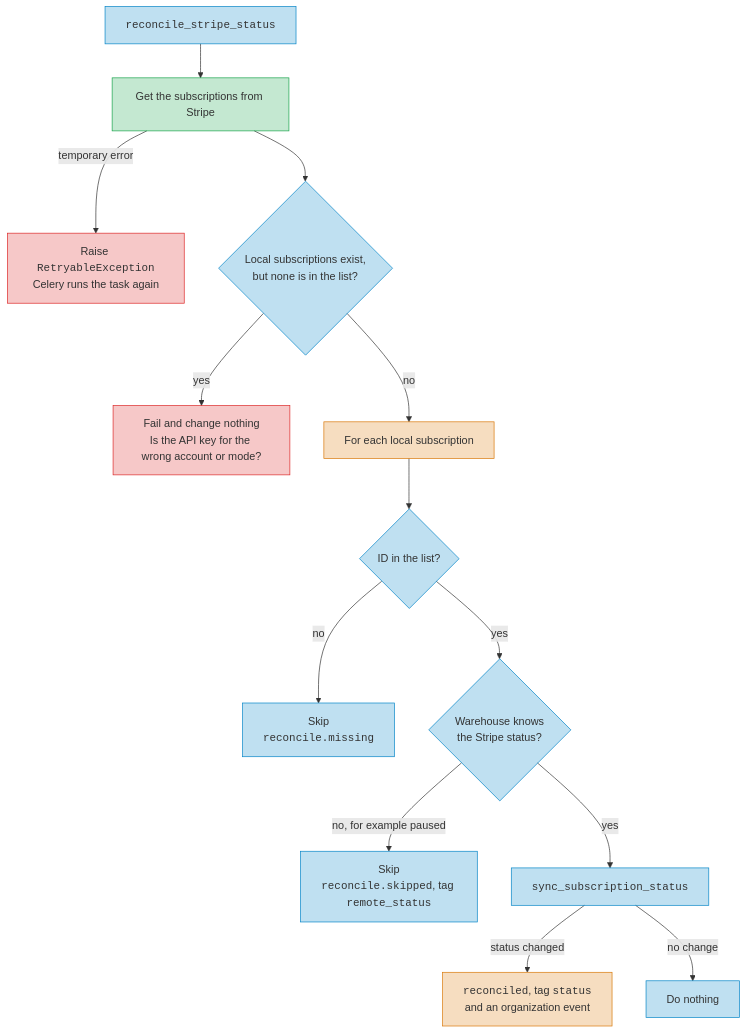
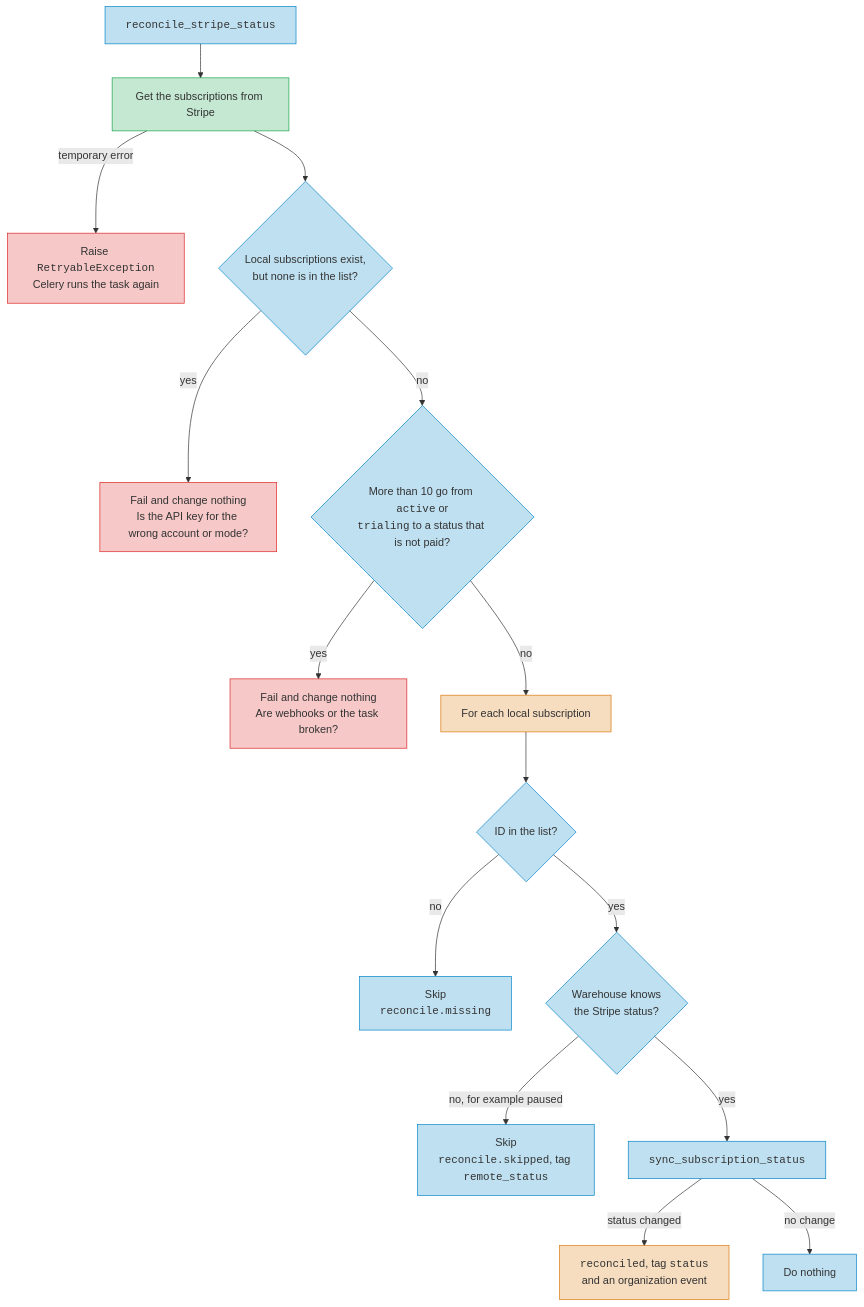
One commit to pypi/warehouse changed the second of 3 diagrams in docs/dev/development/billing.md. Above: the diagram before and after it, drawn with Mermaid. The commit also changed other lines of this file, not shown here.

````diff
--- a/docs/dev/development/billing.md
+++ b/docs/dev/development/billing.md
@@ -48,19 +72,21 @@
 ```mermaid
 flowchart TD
     START[<code>reconcile_stripe_status</code>]:::warehouse --> LIST[Get the subscriptions from Stripe]:::stripe
     LIST -->|temporary error| RETRY[Raise <code>RetryableException</code><br/>Celery runs the task again]:::fail
     LIST --> NONE{Local subscriptions exist,<br/>but none is in the list?}:::warehouse
     NONE -->|yes| FAIL[Fail and change nothing<br/>Is the API key for the wrong account or mode?]:::fail
-    NONE -->|no| EACH[For each local subscription]:::data
+    NONE -->|no| DOWN{More than 10 go from <code>active</code> or<br/><code>trialing</code> to a status that is not paid?}:::warehouse
+    DOWN -->|yes| FAILDOWN[Fail and change nothing<br/>Are webhooks or the task broken?]:::fail
+    DOWN -->|no| EACH[For each local subscription]:::data
     EACH --> FOUND{ID in the list?}:::warehouse
     FOUND -->|no| MISS[Skip<br/><code>reconcile.missing</code>]:::warehouse
     FOUND -->|yes| KNOWN{Warehouse knows<br/>the Stripe status?}:::warehouse
     KNOWN -->|no, for example paused| SKIP[Skip<br/><code>reconcile.skipped</code>, tag <code>remote_status</code>]:::warehouse
     KNOWN -->|yes| SYNC[<code>sync_subscription_status</code>]:::warehouse
     SYNC -->|status changed| OK[<code>reconciled</code>, tag <code>status</code><br/>and an organization event]:::data
     SYNC -->|no change| DONE[Do nothing]:::warehouse
     classDef warehouse fill:#0284c740,stroke:#0284c7
     classDef data fill:#d9770640,stroke:#d97706
     classDef stripe fill:#16a34a40,stroke:#16a34a
     classDef fail fill:#dc262640,stroke:#dc2626
 ```
````
